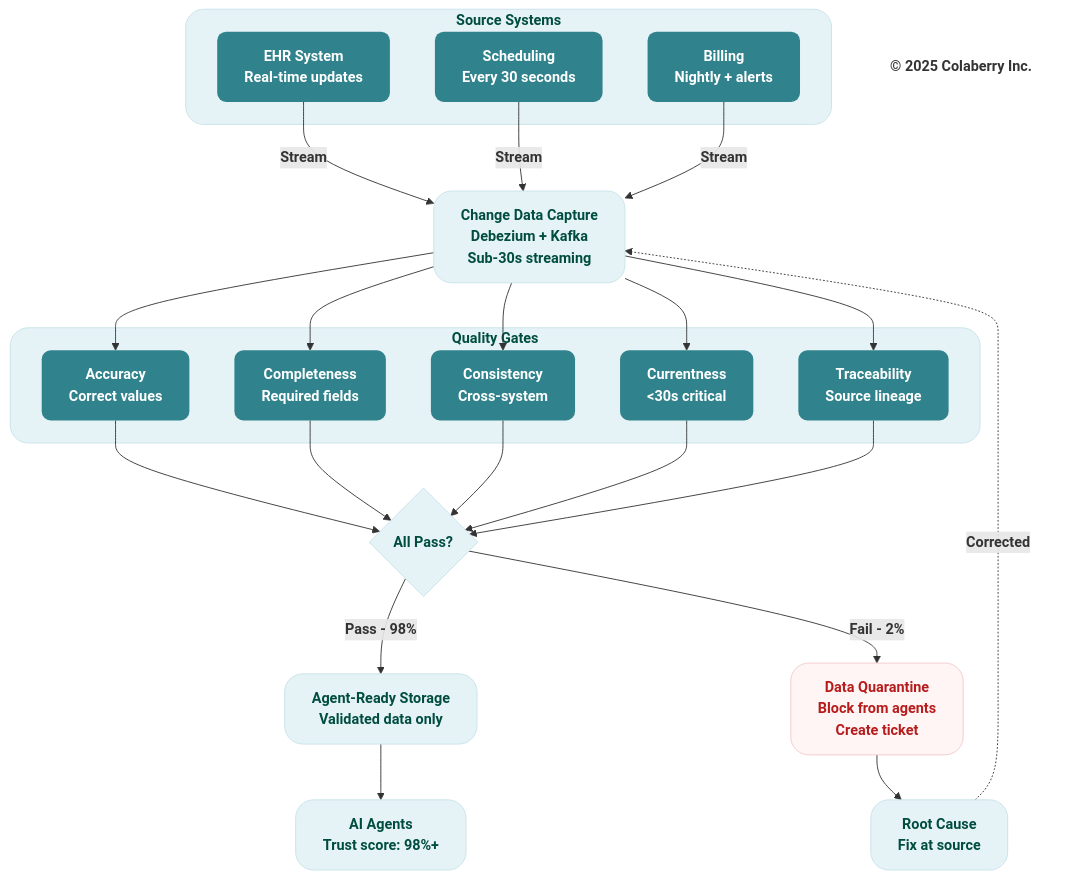
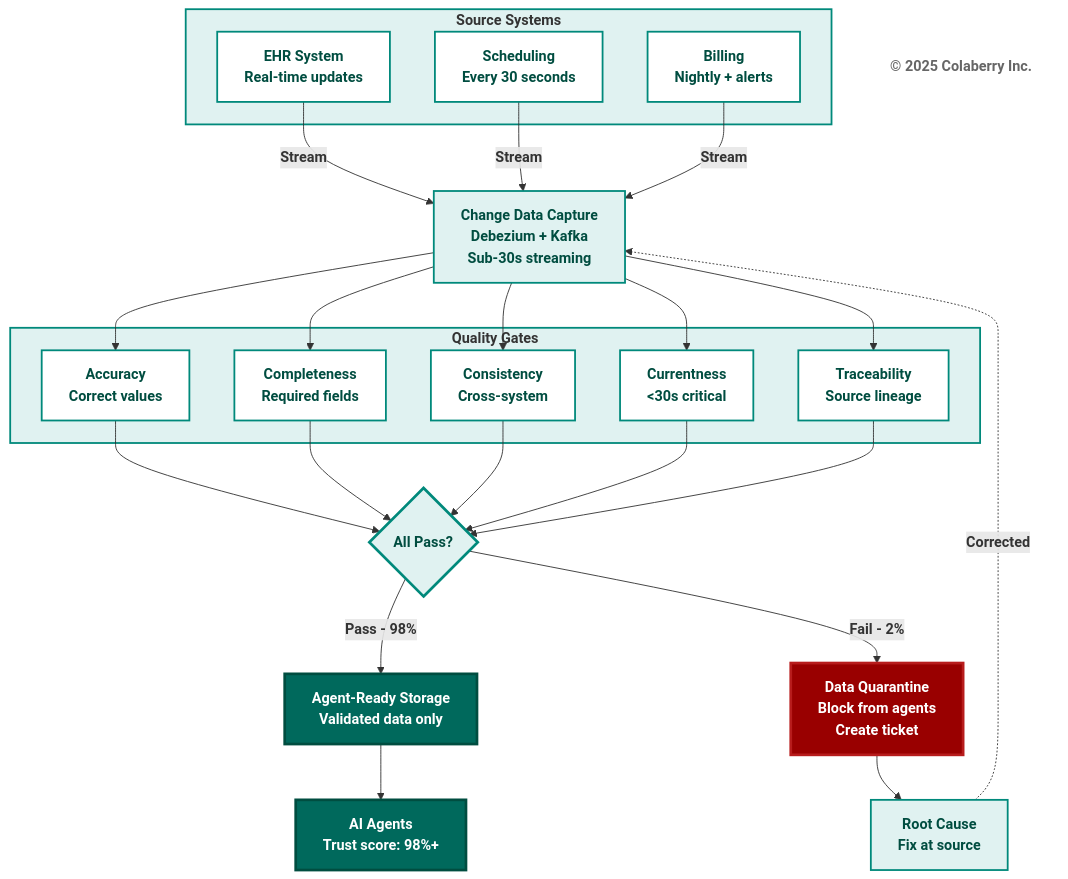
One commit to saitejesh-cyber/trust-before-intelligence-book changed diagram 11 of 14 in manuscript/08_chapter_7_goals_framework.md. Above: the diagram before and after it, drawn with Mermaid. The commit also changed other lines of this file and 12 other files, not shown here.

Commit message:
Restore legacy Mermaid styles for Option 1

````diff
--- a/manuscript/08_chapter_7_goals_framework.md
+++ b/manuscript/08_chapter_7_goals_framework.md
@@ -1386,65 +1386,65 @@
 ```mermaid
 graph TB
     subgraph SOURCES["<b>Source Systems</b>"]
         S1["<b>EHR System</b><br/><b>Real-time updates</b>"]
         S2["<b>Scheduling</b><br/><b>Every 30 seconds</b>"]
         S3["<b>Billing</b><br/><b>Nightly + alerts</b>"]
     end
     
     CDC["<b>Change Data Capture</b><br/><b>Debezium + Kafka</b><br/><b>Sub-30s streaming</b>"]
     
     S1 -->|<b>Stream</b>| CDC
     S2 -->|<b>Stream</b>| CDC
     S3 -->|<b>Stream</b>| CDC
     
     subgraph CHECKS["<b>Quality Gates</b>"]
         Q1["<b>Accuracy</b><br/><b>Correct values</b>"]
         Q2["<b>Completeness</b><br/><b>Required fields</b>"]
         Q3["<b>Consistency</b><br/><b>Cross-system</b>"]
         Q4["<b>Currentness</b><br/><b><30s critical</b>"]
         Q5["<b>Traceability</b><br/><b>Source lineage</b>"]
     end
     
     CDC --> Q1
     CDC --> Q2
     CDC --> Q3
     CDC --> Q4
     CDC --> Q5
     
     GATE{<b>All Pass?</b>}
     
     Q1 --> GATE
     Q2 --> GATE
     Q3 --> GATE
     Q4 --> GATE
     Q5 --> GATE
     
     GATE -->|<b>Pass - 98%</b>| STORAGE["<b>Agent-Ready Storage</b><br/><b>Validated data only</b>"]
     
     GATE -->|<b>Fail - 2%</b>| QUARANTINE["<b>Data Quarantine</b><br/><b>Block from agents</b><br/><b>Create ticket</b>"]
     
     STORAGE --> AGENTS["<b>AI Agents</b><br/><b>Trust score: 98%+</b>"]
     
     QUARANTINE --> FIX["<b>Root Cause</b><br/><b>Fix at source</b>"]
     FIX -.->|<b>Corrected</b>| CDC
     
-    style SOURCES fill:#e6f3f6,stroke:#c7e3ea,stroke-width:1px,color:#004d40,rx:20,ry:20
-    style S1 fill:#30838C,stroke:none,color:#ffffff,rx:10,ry:10
-    style S2 fill:#30838C,stroke:none,color:#ffffff,rx:10,ry:10
-    style S3 fill:#30838C,stroke:none,color:#ffffff,rx:10,ry:10
-    style CDC fill:#e6f3f6,stroke:#c7e3ea,stroke-width:1px,color:#004d40,rx:20,ry:20
-    style CHECKS fill:#e6f3f6,stroke:#c7e3ea,stroke-width:1px,color:#004d40,rx:20,ry:20
-    style Q1 fill:#30838C,stroke:none,color:#ffffff,rx:10,ry:10
-    style Q2 fill:#30838C,stroke:none,color:#ffffff,rx:10,ry:10
-    style Q3 fill:#30838C,stroke:none,color:#ffffff,rx:10,ry:10
-    style Q4 fill:#30838C,stroke:none,color:#ffffff,rx:10,ry:10
-    style Q5 fill:#30838C,stroke:none,color:#ffffff,rx:10,ry:10
-    style GATE fill:#e6f3f6,stroke:#c7e3ea,stroke-width:1px,color:#004d40,rx:20,ry:20
-    style STORAGE fill:#e6f3f6,stroke:#c7e3ea,stroke-width:1px,color:#004d40,rx:20,ry:20
-    style QUARANTINE fill:#fff5f5,stroke:#f2caca,stroke-width:1px,color:#b71c1c,rx:20,ry:20
-    style AGENTS fill:#e6f3f6,stroke:#c7e3ea,stroke-width:1px,color:#004d40,rx:20,ry:20
-    style FIX fill:#e6f3f6,stroke:#c7e3ea,stroke-width:1px,color:#004d40,rx:20,ry:20
+    style SOURCES fill:#e0f2f1,stroke:#00897b,stroke-width:2px
+    style S1 fill:#ffffff,stroke:#00897b,stroke-width:2px,color:#004d40
+    style S2 fill:#ffffff,stroke:#00897b,stroke-width:2px,color:#004d40
+    style S3 fill:#ffffff,stroke:#00897b,stroke-width:2px,color:#004d40
+    style CDC fill:#e0f2f1,stroke:#00897b,stroke-width:2px,color:#004d40
+    style CHECKS fill:#e0f2f1,stroke:#00897b,stroke-width:2px
+    style Q1 fill:#ffffff,stroke:#00897b,stroke-width:2px,color:#004d40
+    style Q2 fill:#ffffff,stroke:#00897b,stroke-width:2px,color:#004d40
+    style Q3 fill:#ffffff,stroke:#00897b,stroke-width:2px,color:#004d40
+    style Q4 fill:#ffffff,stroke:#00897b,stroke-width:2px,color:#004d40
+    style Q5 fill:#ffffff,stroke:#00897b,stroke-width:2px,color:#004d40
+    style GATE fill:#e0f2f1,stroke:#00897b,stroke-width:3px,color:#004d40
+    style STORAGE fill:#00695c,color:#ffffff,stroke:#004d40,stroke-width:3px
+    style QUARANTINE fill:#990000,color:#ffffff,stroke:#b71c1c,stroke-width:3px
+    style AGENTS fill:#00695c,color:#ffffff,stroke:#004d40,stroke-width:3px
+    style FIX fill:#e0f2f1,stroke:#00897b,stroke-width:2px,color:#004d40
     
     Copyright["<b>© 2025 Colaberry Inc.</b>"]
-    style Copyright fill:none,stroke:none,color:#333333
+    style Copyright fill:#ffffff,stroke:none,color:#666666
 ```
````
